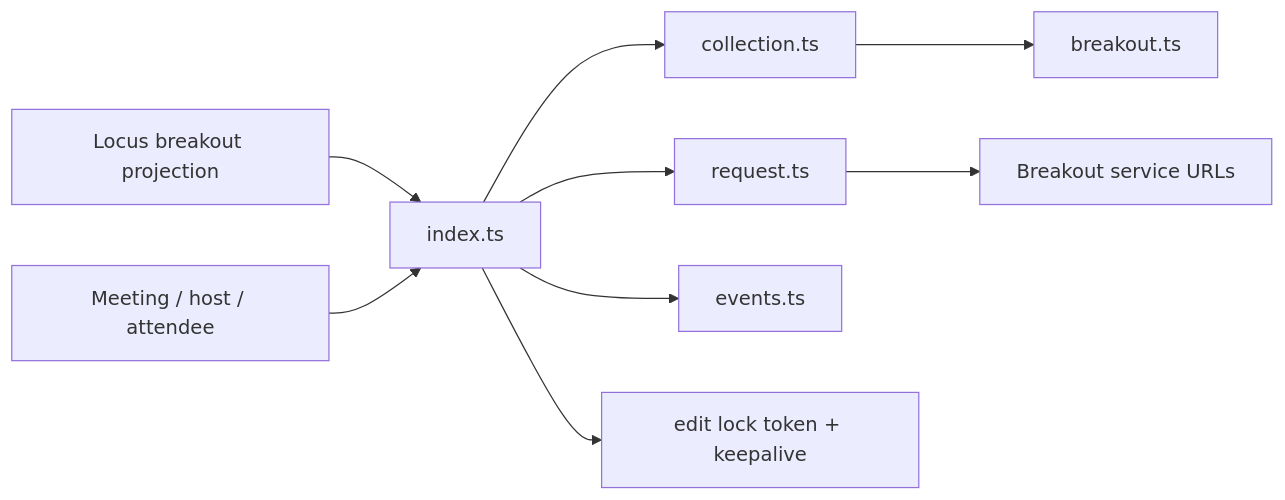
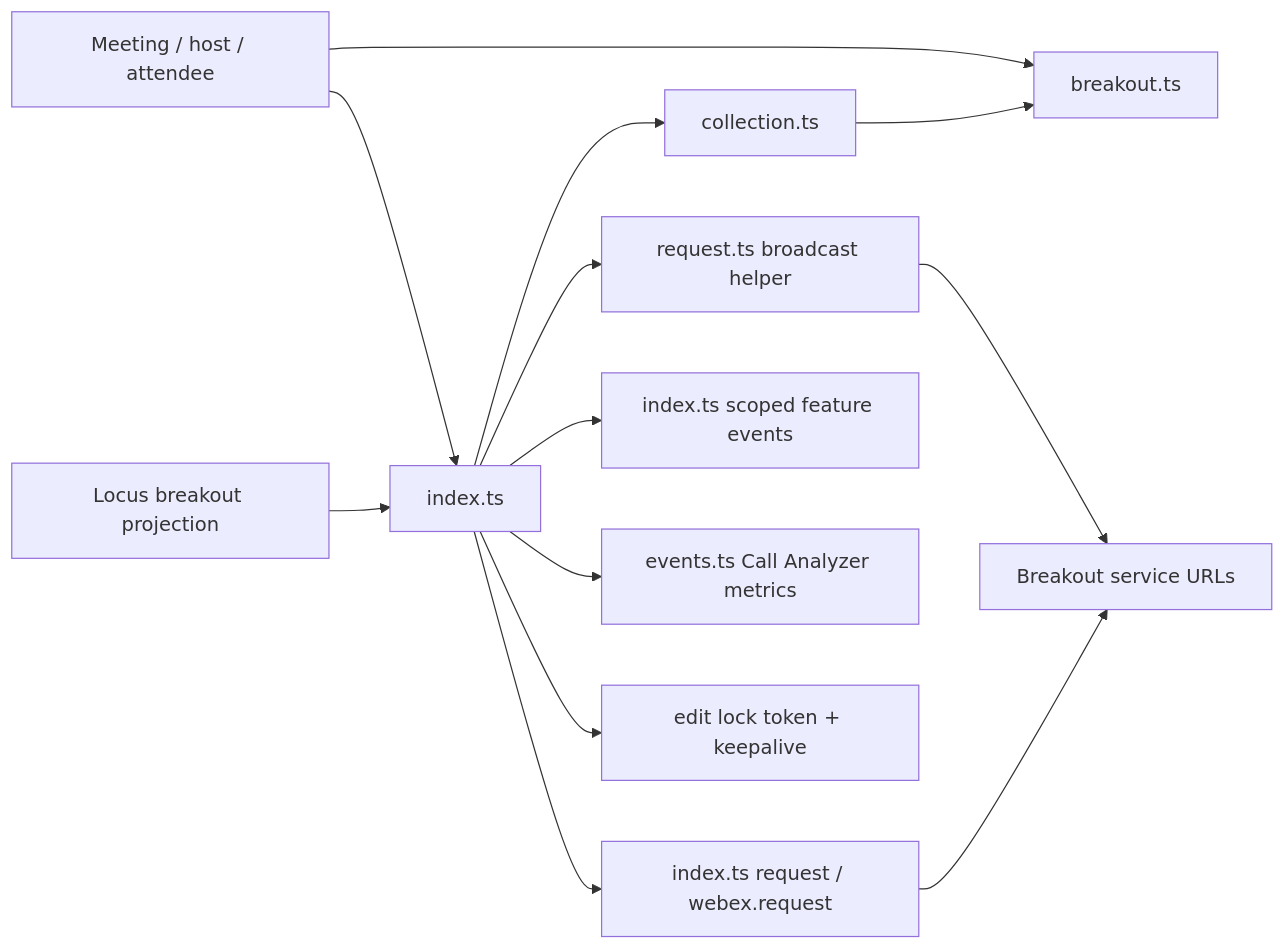
One commit to webex/webex-js-sdk changed the first of 5 diagrams in packages/@webex/plugin-meetings/src/breakouts/ai-docs/breakouts-spec.md. Above: the diagram before and after it, drawn with Mermaid. The commit also changed other lines of this file and 24 other files, not shown here.

````diff
--- a/packages/@webex/plugin-meetings/src/breakouts/ai-docs/breakouts-spec.md
+++ b/packages/@webex/plugin-meetings/src/breakouts/ai-docs/breakouts-spec.md
@@ -111,11 +137,15 @@
 ```mermaid
 flowchart LR
   Locus[Locus breakout projection] --> Controller[index.ts]
   Controller --> Collection[collection.ts]
   Collection --> Session[breakout.ts]
   Caller[Meeting / host / attendee] --> Controller
-  Controller --> Request[request.ts]
-  Request --> Service[Breakout service URLs]
-  Controller --> Events[events.ts]
+  Caller --> Session
+  Controller --> Direct[index.ts request / webex.request]
+  Direct --> Service[Breakout service URLs]
+  Controller --> Request[request.ts broadcast helper]
+  Request --> Service
+  Controller --> FeatureEvents[index.ts scoped feature events]
+  Controller --> Metrics[events.ts Call Analyzer metrics]
   Controller --> Lock[edit lock token + keepalive]
 ```
````
